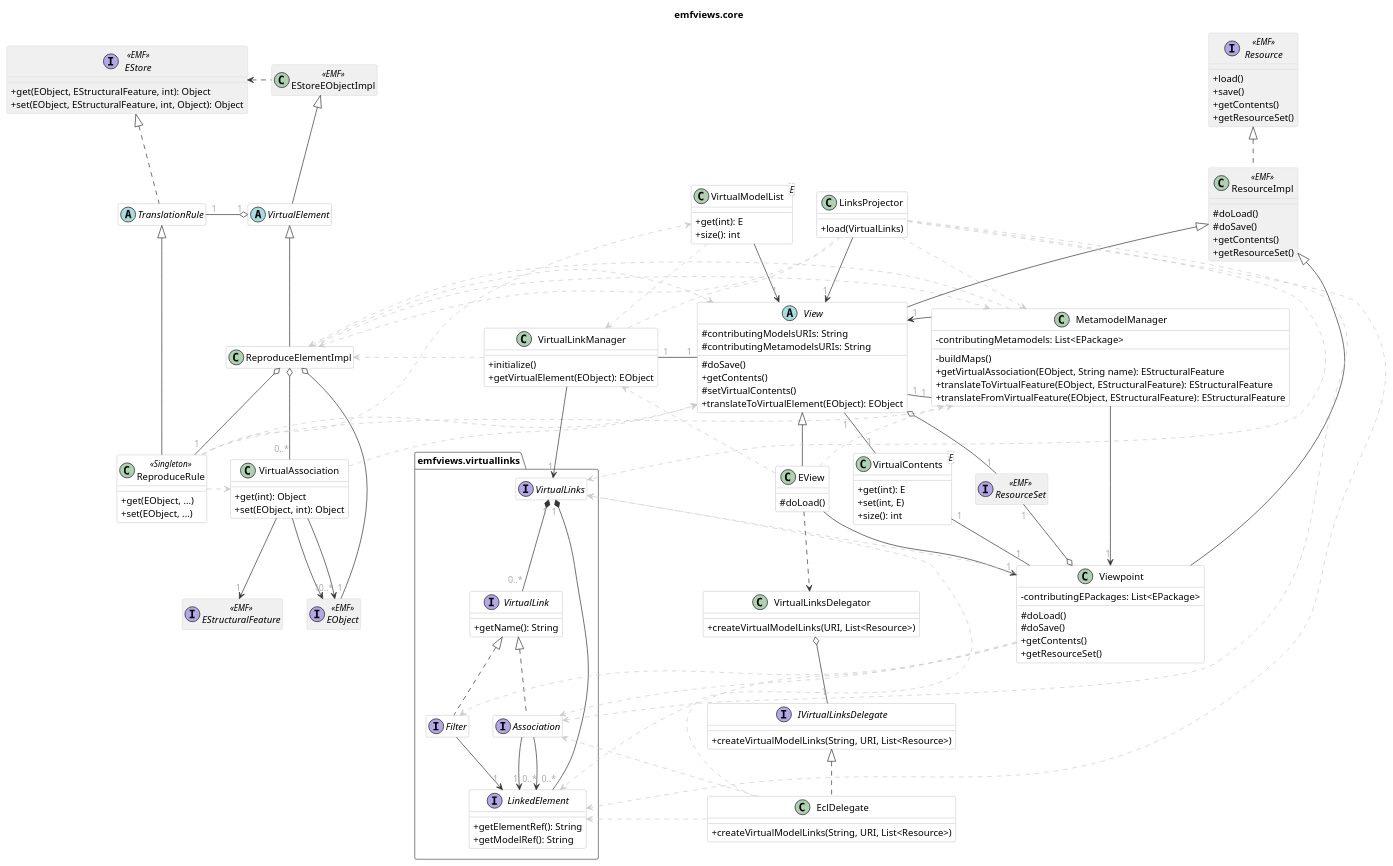
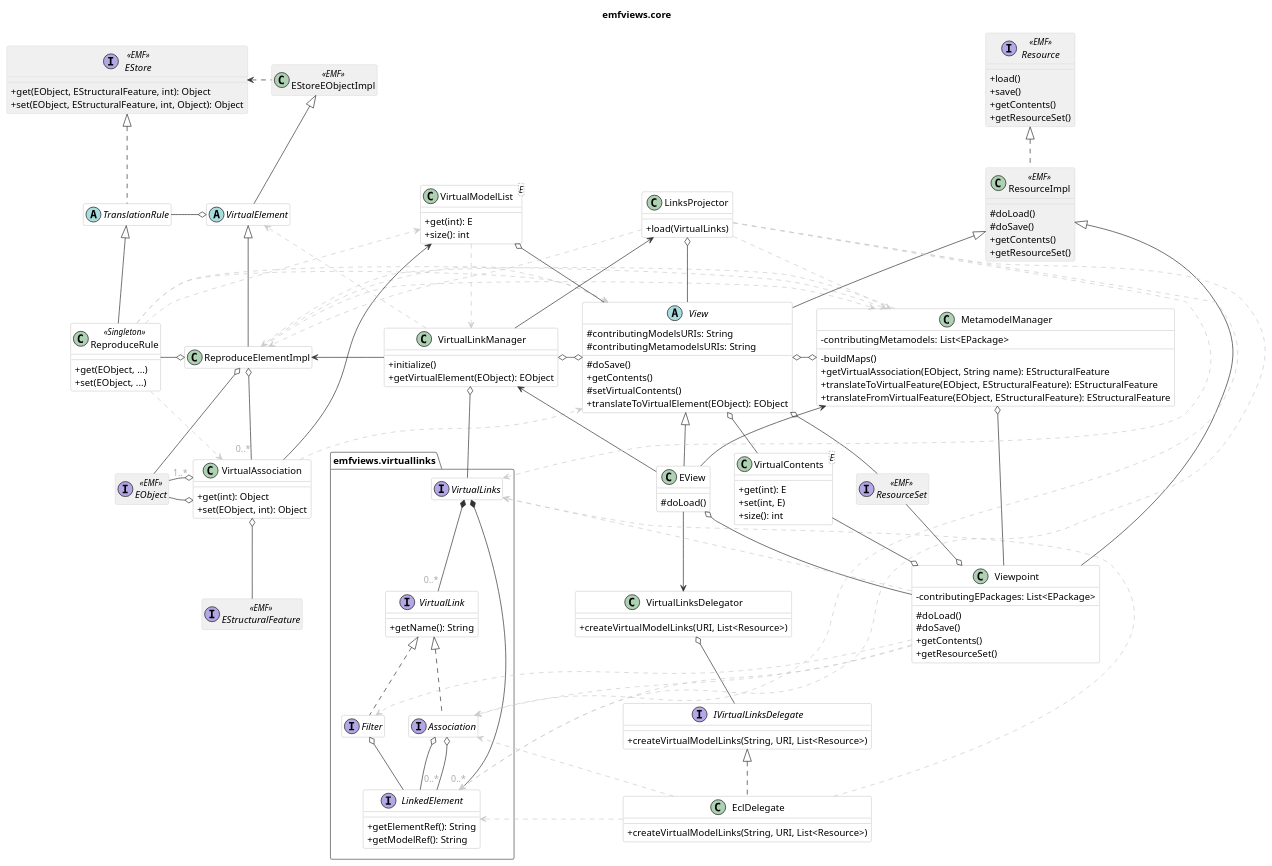
One commit to fmdkdd/monoge changed the diagram in doc/emfviews-class-diagram.iuml. Above: the diagram before and after it, drawn with PlantUML. The commit also changed other lines of this file and 1 other file, not shown here.

Commit message:
Settle semantics for arrows in the class diagram; better layout

```diff
--- a/doc/emfviews-class-diagram.iuml
+++ b/doc/emfviews-class-diagram.iuml
@@ -105,16 +117,16 @@
 hide Filter members
 hide Association members
 
-VirtualLinks "1" *-- "0..*" VirtualLink   /': virtualLinks '/
-VirtualLinks "1" *-- "0..*" LinkedElement /': linkedElements '/
+VirtualLinks *-- "0..*" VirtualLink   /': virtualLinks '/
+VirtualLinks *-- "0..*" LinkedElement /': linkedElements '/
 
 VirtualLink <|.. Association
 VirtualLink <|.. Filter
 
-Association --> "1" LinkedElement    /' : sourceElement '/
-Association --> "0..*" LinkedElement /' : targetElements '/
+Association o-[norank]- LinkedElement        /' : sourceElement '/
+Association o-[norank]- "0..*" LinkedElement /' : targetElements '/
 
-Filter --> "1" LinkedElement    /' : filteredElement '/
+Filter o-- LinkedElement    /' : filteredElement '/
 
 /' hide VirtualLinks   '/
 
@@ -152,19 +164,20 @@
 
 EStoreEObjectImpl <|-- VirtualElement
 VirtualElement <|-- ReproduceElementImpl
-VirtualElement "1" o-left "1" TranslationRule /' : translationRule '/
+VirtualElement o-left TranslationRule /' : translationRule '/
 
-ReproduceElementImpl o-- "1" EObject               /' : concreteElement '/
 ReproduceElementImpl o-- "0..*" VirtualAssociation /' : virtualAssociations '/
-ReproduceElementImpl o-- "1" ReproduceRule         /' : translationRule '/
+ReproduceElementImpl o-- EObject                   /' : concreteElement '/
+ReproduceElementImpl o-left ReproduceRule          /' : translationRule '/
 ReproduceElementImpl .[norank,#ccc].> View
 ReproduceElementImpl .[norank,#ccc].> MetamodelManager
 /' ReproduceElementImpl .[norank,#ccc].> EStructuralFeature '/
 
-VirtualAssociation --> "1" EObject            /' : container '/
-VirtualAssociation --> "0..*" EObject         /' : referencedElements '/
-VirtualAssociation --> "1" EStructuralFeature /' : virtualFeature '/
+VirtualAssociation o-left EObject         /' : container '/
+VirtualAssociation o-left "1..*" EObject     /' : referencedElements '/
+VirtualAssociation o-- EStructuralFeature /' : virtualFeature '/
 VirtualAssociation .[norank,#ccc].> View
+VirtualAssociation -[norank]-> VirtualModelList
 
 EStore <|.. TranslationRule
 TranslationRule <|-- ReproduceRule
@@ -174,8 +187,10 @@
 ReproduceRule .[norank,#ccc].> VirtualModelList
 ReproduceRule .[norank,#ccc].> VirtualAssociation
 
-VirtualModelList --> "1" View   /' : virtualModel '/
-VirtualModelList .[norank,#ccc].> VirtualLinkManager
+VirtualModelList o-- View   /' : virtualModel '/
+VirtualModelList .[#ccc].> VirtualLinkManager
+
+EStoreEObjectImpl -[hidden]- VirtualModelList
 
 '~~~~~~~~~~~~~~~~~~~~~~~~~~~~~~~~~~~~~~~~~~~~~~~~~~~~~~~~~~~~~~~~~~~~~~~~~~~~
 ' EMFViews.core
@@ -248,18 +263,18 @@
 ' Relationships
 
 ResourceImpl <|-- View
-View "1" -left "1" VirtualLinkManager
-View "1" -right "1" MetamodelManager
-View "1" -- "1" VirtualContents
-View o-- "1" ResourceSet
+VirtualLinkManager o-o View
+View o-o MetamodelManager
+View o-- VirtualContents
+View o-- ResourceSet
 
 View <|-- EView
-EView --> "1" Viewpoint              /' : viewpoint '/
-EView .[norank,#ccc].> VirtualLinkManager
-EView .[norank,#ccc].> MetamodelManager
-EView ..> VirtualLinksDelegator
+EView o-- Viewpoint              /' : viewpoint '/
+EView -[norank]-> VirtualLinkManager
+EView -[norank]-> MetamodelManager
+EView --> VirtualLinksDelegator
 
-VirtualLinksDelegator o-- "1" IVirtualLinksDelegate
+VirtualLinksDelegator o-- IVirtualLinksDelegate
 
 IVirtualLinksDelegate <|.. EclDelegate
 
@@ -268,22 +283,24 @@
 EclDelegate .[norank,#ccc].> LinkedElement
 
 ResourceImpl <|-- Viewpoint
-Viewpoint o-[norank]- "1" ResourceSet   /' : virtualResourceSet '/
-Viewpoint "1" -[norank]- "1" VirtualContents
+Viewpoint o-[norank]- ResourceSet   /' : virtualResourceSet '/
+Viewpoint o-[norank]- VirtualContents
 Viewpoint .[norank,#ccc].> VirtualLinks
 Viewpoint .[norank,#ccc].> Association
 Viewpoint .[norank,#ccc].> LinkedElement
 Viewpoint .[norank,#ccc].> Filter
 
-MetamodelManager --> "1" Viewpoint /' viewpoint '/
-MetamodelManager --> "1" View /' virtualModel '/
+MetamodelManager o-- Viewpoint /' viewpoint '/
 MetamodelManager .[norank,#ccc].> ReproduceElementImpl
 
-VirtualLinkManager --> "1" VirtualLinks /' weavingModel '/
-VirtualLinkManager .[norank,#ccc].> ReproduceElementImpl
-VirtualLinkManager .[norank,#ccc]. LinksProjector
+VirtualLinkManager o-- VirtualLinks /' weavingModel '/
+VirtualLinkManager -[norank]-> ReproduceElementImpl
+VirtualLinkManager -[norank]-> LinksProjector
+VirtualLinkManager .[norank,#ccc]> VirtualElement
 
-LinksProjector --> "1" View     /'virtualModel '/
+/' hide VirtualModelList '/
+
+LinksProjector o-- View     /'virtualModel '/
 LinksProjector .[norank,#ccc].> MetamodelManager
 LinksProjector .[norank,#ccc].> VirtualLinks
 LinksProjector .[norank,#ccc].> Association
```
